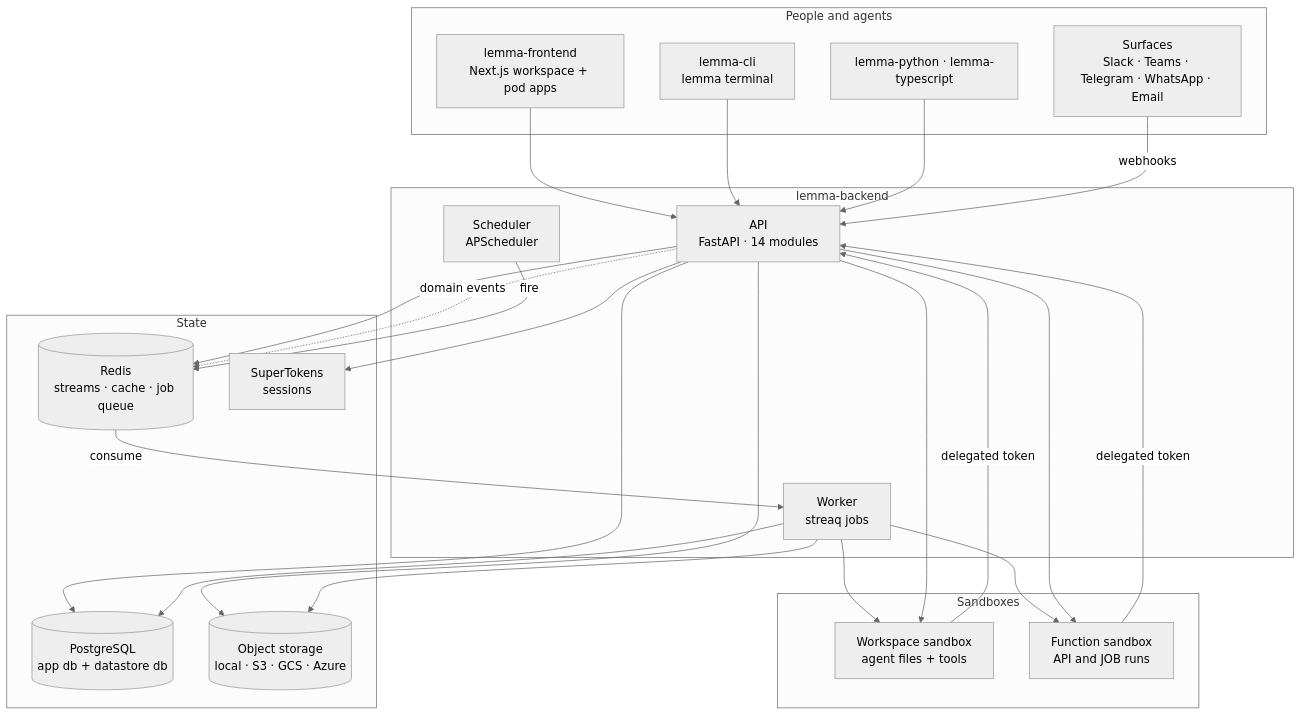
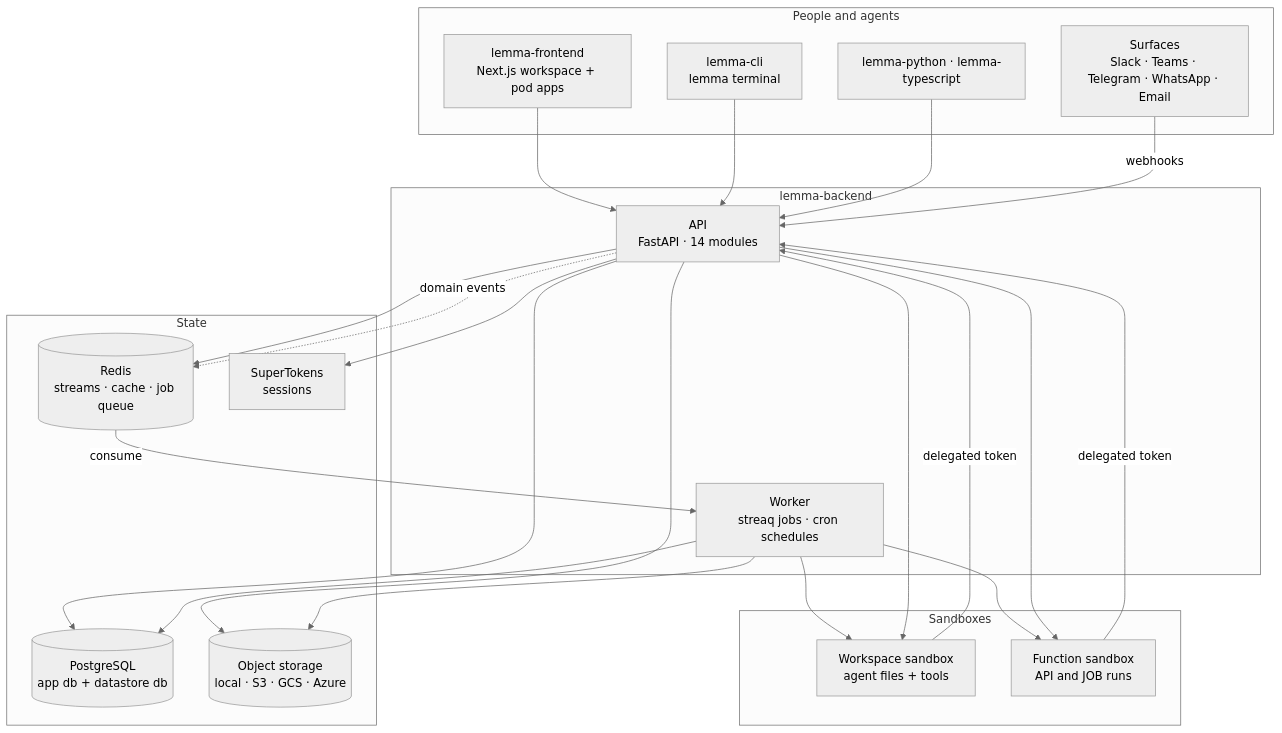
One commit to lemma-work/lemma-platform changed the first of 2 diagrams in ARCHITECTURE.md. Above: the diagram before and after it, drawn with Mermaid (neutral theme). The commit also changed other lines of this file and 7 other files, not shown here.

````diff
--- a/ARCHITECTURE.md
+++ b/ARCHITECTURE.md
@@ -33,48 +33,46 @@
 ```mermaid
 flowchart TB
     subgraph clients["People and agents"]
         WEB["lemma-frontend<br/>Next.js workspace + pod apps"]
         CLI["lemma-cli<br/>lemma terminal"]
         SURF["Surfaces<br/>Slack · Teams · Telegram · WhatsApp · Email"]
         SDK["lemma-python · lemma-typescript"]
     end
 
     subgraph backend["lemma-backend"]
         API["API<br/>FastAPI · 14 modules"]
-        WORKER["Worker<br/>streaq jobs"]
-        SCHED["Scheduler<br/>APScheduler"]
+        WORKER["Worker<br/>streaq jobs · cron schedules"]
     end
 
     subgraph state["State"]
         PG[("PostgreSQL<br/>app db + datastore db")]
         REDIS[("Redis<br/>streams · cache · job queue")]
         OBJ[("Object storage<br/>local · S3 · GCS · Azure")]
         ST["SuperTokens<br/>sessions"]
     end
 
     subgraph sandbox["Sandboxes"]
         WS["Workspace sandbox<br/>agent files + tools"]
         FN["Function sandbox<br/>API and JOB runs"]
     end
 
     WEB --> API
     CLI --> API
     SDK --> API
     SURF -->|webhooks| API
 
     API --> PG
     API --> REDIS
     API --> OBJ
     API --> ST
     API -.->|domain events| REDIS
     REDIS -->|consume| WORKER
-    SCHED -->|fire| REDIS
     WORKER --> PG
     WORKER --> OBJ
     WORKER --> WS
     WORKER --> FN
     API --> WS
     API --> FN
     WS -->|delegated token| API
     FN -->|delegated token| API
 ```
````
